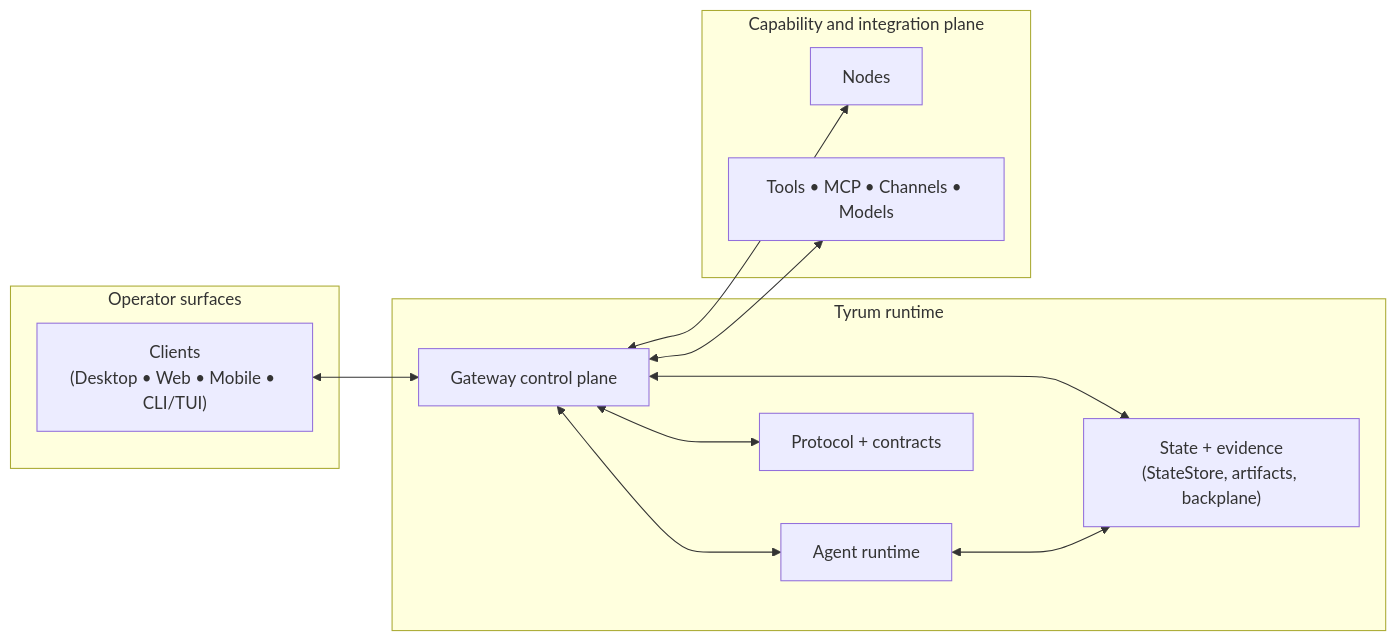
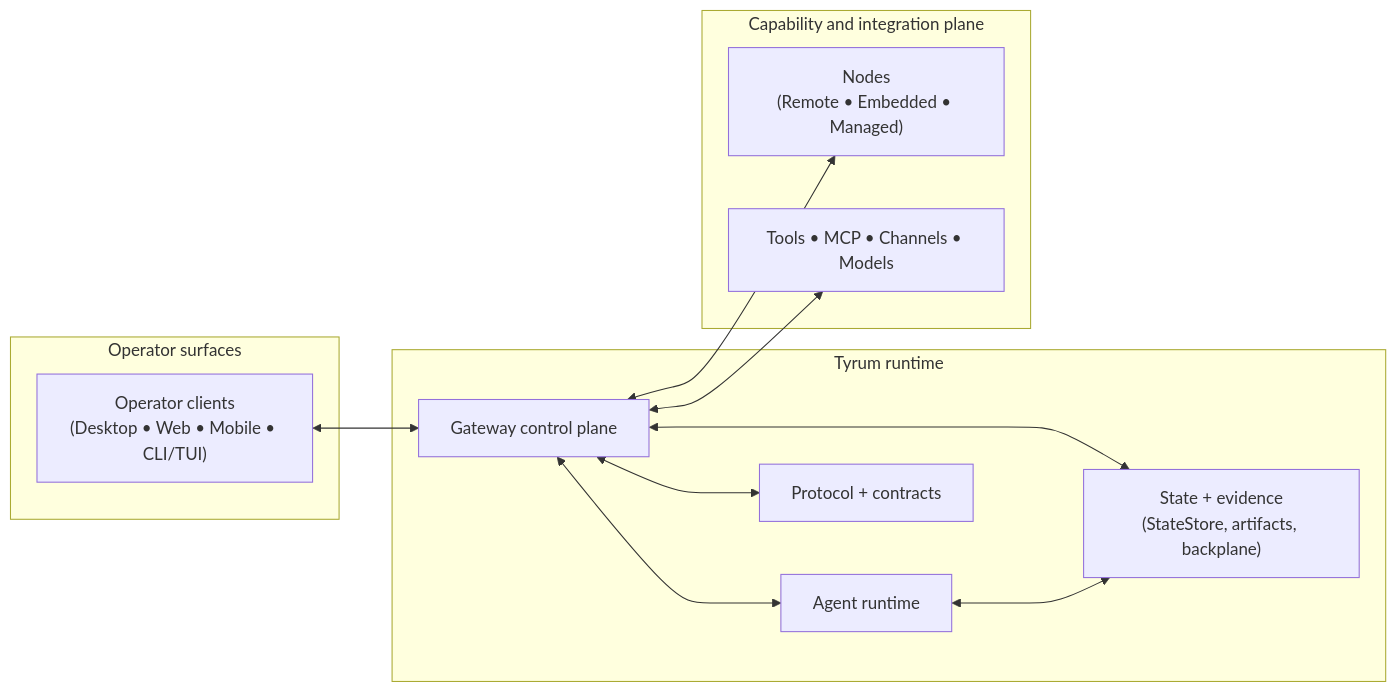
One commit to tyrumai/tyrum changed the diagram in docs/architecture/index.md. Above: the diagram before and after it, drawn with Mermaid. The commit also changed other lines of this file and 17 other files, not shown here.

Commit message:
docs: backfill architecture coverage for embedded and managed runtime flows

````diff
--- a/docs/architecture/index.md
+++ b/docs/architecture/index.md
@@ -22,26 +22,26 @@
 ```mermaid
 flowchart LR
   subgraph Surfaces["Operator surfaces"]
-    Client["Clients<br/>(Desktop • Web • Mobile • CLI/TUI)"]
+    Client["Operator clients<br/>(Desktop • Web • Mobile • CLI/TUI)"]
   end
 
   subgraph Runtime["Tyrum runtime"]
     Gateway["Gateway control plane"]
     Agent["Agent runtime"]
     Protocol["Protocol + contracts"]
     State["State + evidence<br/>(StateStore, artifacts, backplane)"]
   end
 
   subgraph Providers["Capability and integration plane"]
-    Node["Nodes"]
+    Node["Nodes<br/>(Remote • Embedded • Managed)"]
     Ext["Tools • MCP • Channels • Models"]
   end
 
   Client <--> Gateway
   Gateway <--> Protocol
   Gateway <--> Agent
   Gateway <--> State
   Agent <--> State
   Gateway <--> Node
   Gateway <--> Ext
 ```
````
